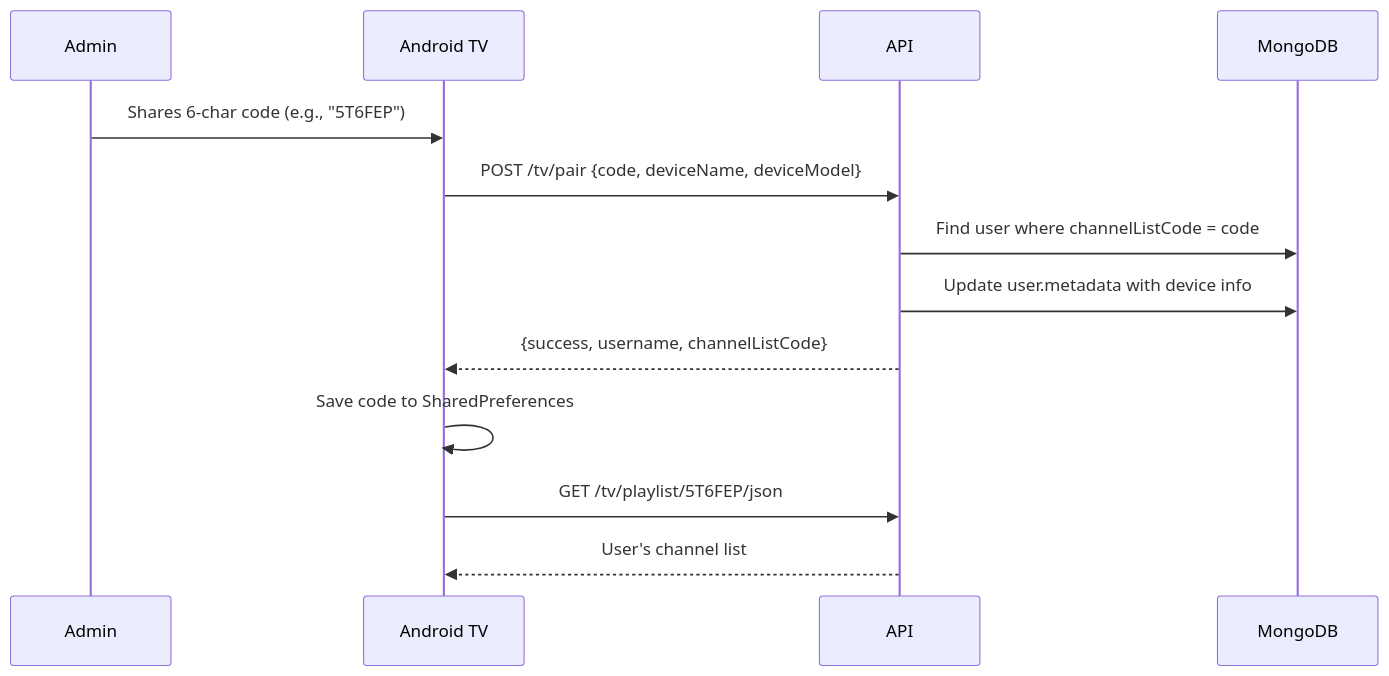
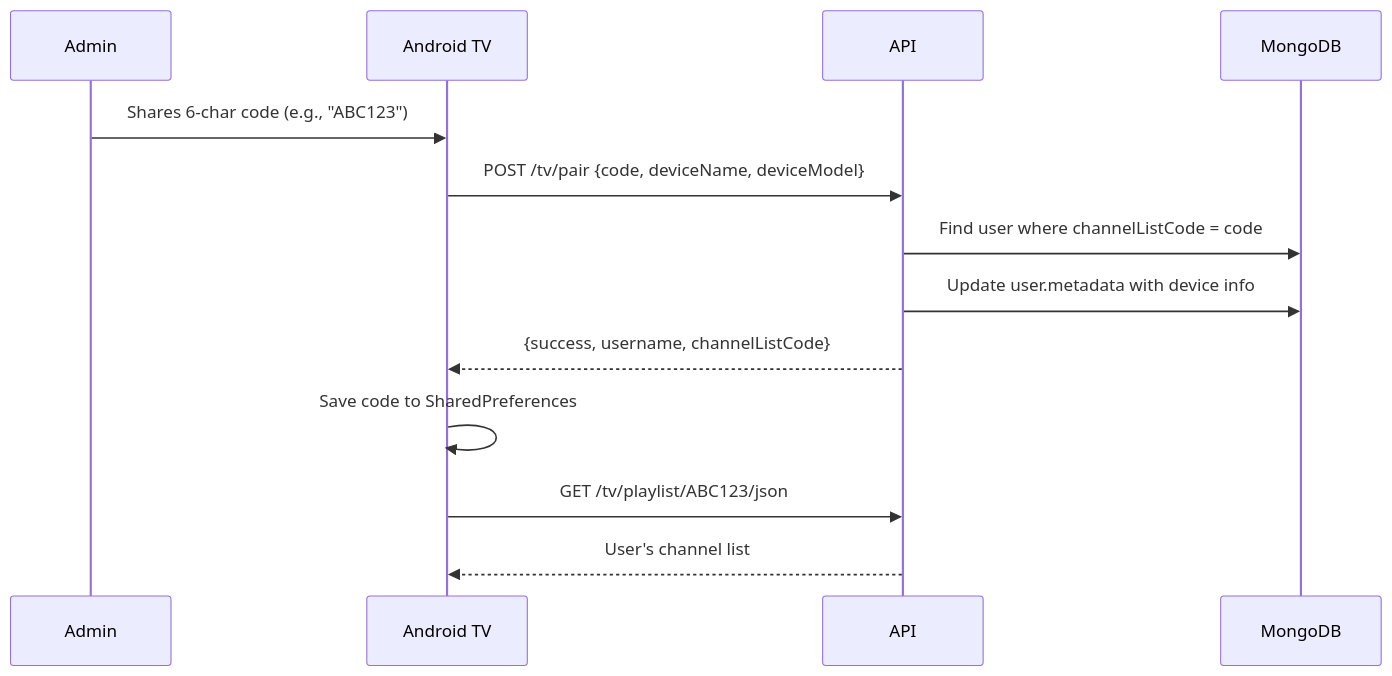
Before and after one commit to mostafabonnif-beep/dzhoot: the second of 3 diagrams in server/docs/workflow/TV_PAIRING_SYSTEM.md, drawn with Mermaid. The commit also changed other lines of this file and 9 other files, not shown here.

First line of the commit message:
fix(security): drop the committed default super-admin channel-list code

````diff
--- a/server/docs/workflow/TV_PAIRING_SYSTEM.md
+++ b/server/docs/workflow/TV_PAIRING_SYSTEM.md
@@ -64,16 +64,16 @@
 ```mermaid
 sequenceDiagram
     participant Admin
     participant TV as Android TV
     participant API
     participant DB as MongoDB
 
-    Admin->>TV: Shares 6-char code (e.g., "5T6FEP")
+    Admin->>TV: Shares 6-char code (e.g., "ABC123")
     TV->>API: POST /tv/pair {code, deviceName, deviceModel}
     API->>DB: Find user where channelListCode = code
     API->>DB: Update user.metadata with device info
     API-->>TV: {success, username, channelListCode}
     TV->>TV: Save code to SharedPreferences
-    TV->>API: GET /tv/playlist/5T6FEP/json
+    TV->>API: GET /tv/playlist/ABC123/json
     API-->>TV: User's channel list
 ```
````
